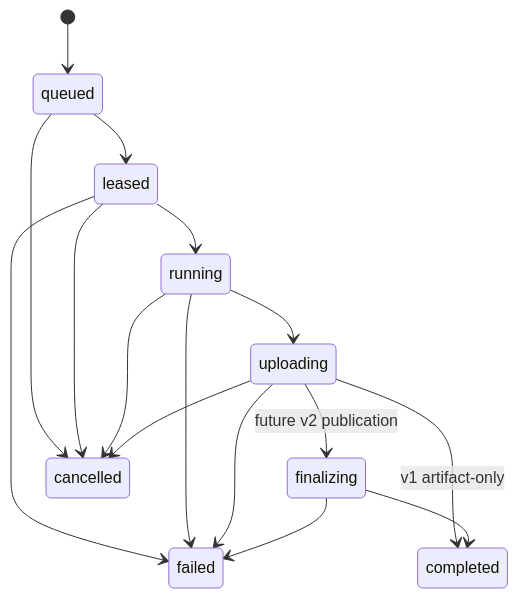
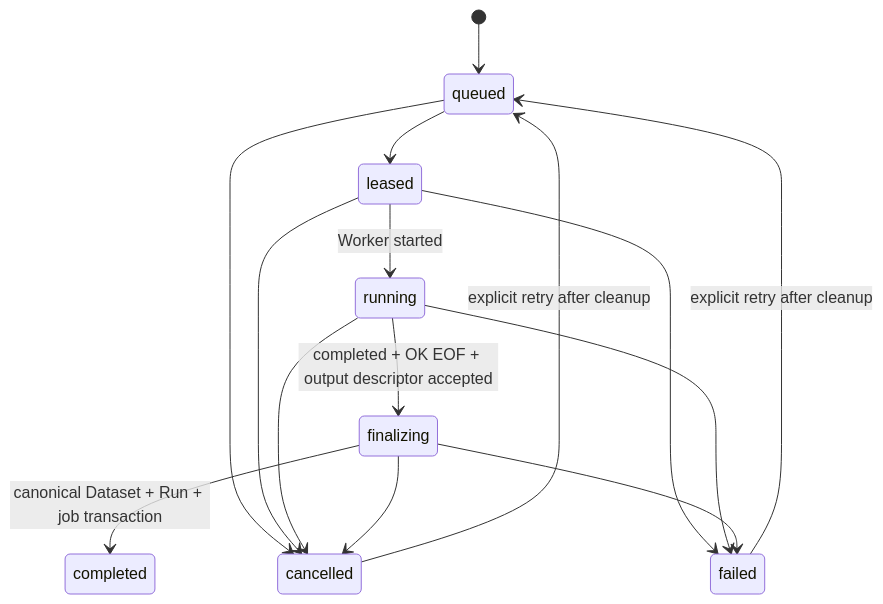
Before and after one commit to joezhoujinjing/databench: the second of 3 diagrams in docs/processing/TECHNICAL_DESIGN.md, drawn with Mermaid. The commit also changed other lines of this file and 11 other files, not shown here.

````diff
--- a/docs/processing/TECHNICAL_DESIGN.md
+++ b/docs/processing/TECHNICAL_DESIGN.md
@@ -669,20 +477,20 @@
 ```mermaid
 stateDiagram-v2
   [*] --> queued
   queued --> leased
-  leased --> running
-  running --> uploading
-  uploading --> completed: v1 artifact-only
-  uploading --> finalizing: future v2 publication
-  finalizing --> completed
+  leased --> running: Worker started
+  running --> finalizing: completed + OK EOF + output descriptor accepted
+  finalizing --> completed: canonical Dataset + Run + job transaction
 
   queued --> cancelled
   leased --> cancelled
   running --> cancelled
-  uploading --> cancelled
+  finalizing --> cancelled
 
   leased --> failed
   running --> failed
-  uploading --> failed
   finalizing --> failed
+
+  failed --> queued: explicit retry after cleanup
+  cancelled --> queued: explicit retry after cleanup
 ```
````
